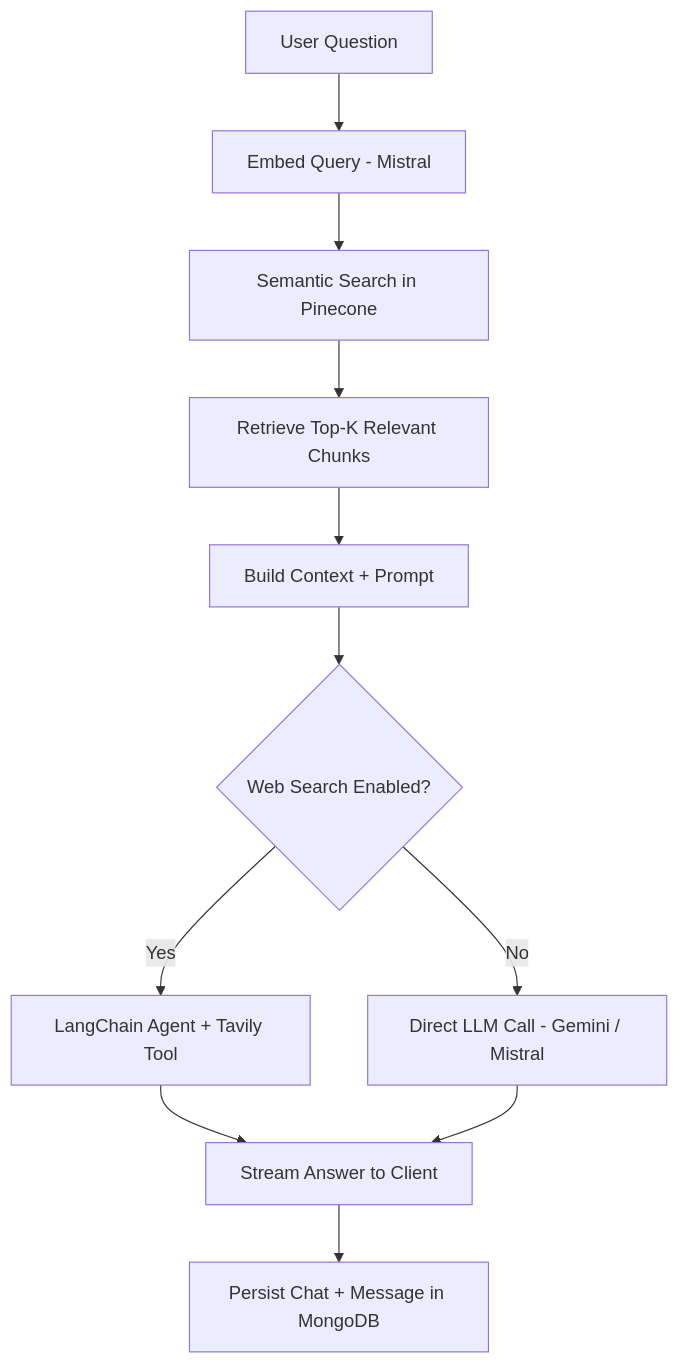
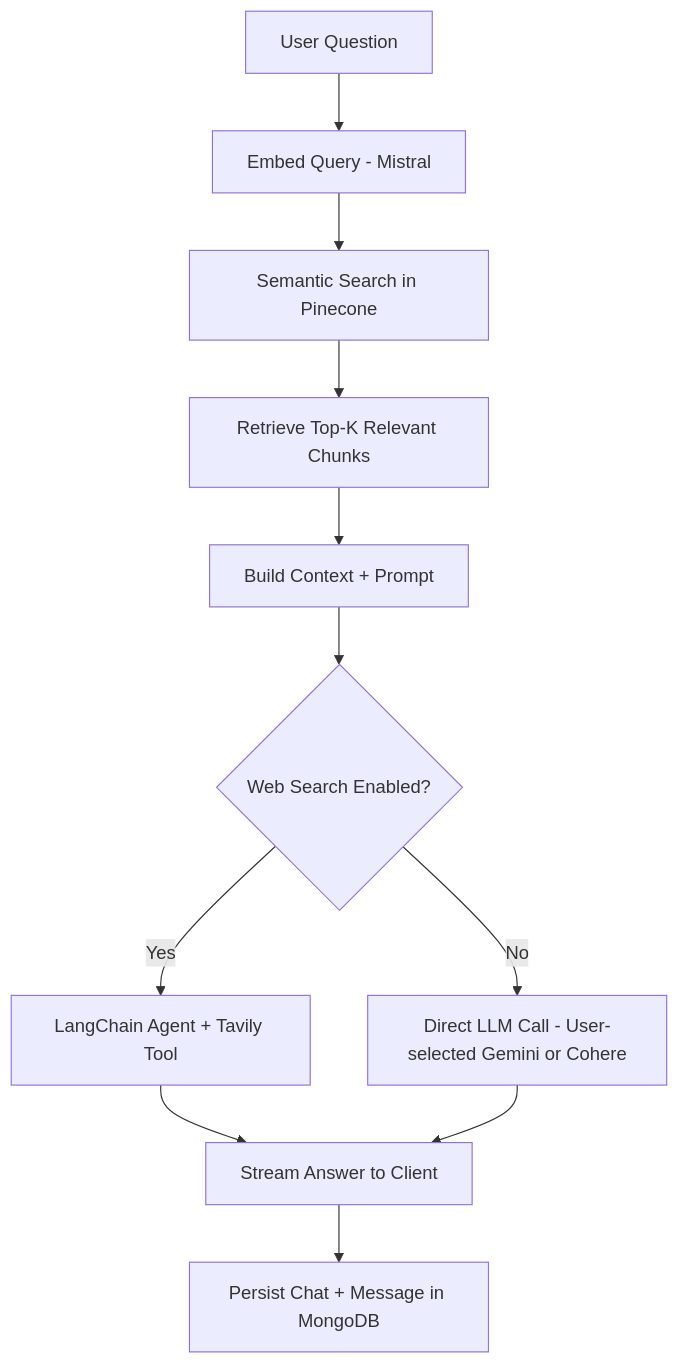
One commit to hari5827/AskQuery-Genai changed the second of 4 diagrams in README.md. Above: the diagram before and after it, drawn with Mermaid. The commit also changed other lines of this file, not shown here.

First line of the commit message:
Add Cohere model option and update usage details

````diff
--- a/README.md
+++ b/README.md
@@ -123,13 +126,13 @@
 ```mermaid
 flowchart TD
     A[User Question] --> B[Embed Query - Mistral]
     B --> C[Semantic Search in Pinecone]
     C --> D[Retrieve Top-K Relevant Chunks]
     D --> E[Build Context + Prompt]
     E --> F{Web Search Enabled?}
     F -->|Yes| G[LangChain Agent + Tavily Tool]
-    F -->|No| H[Direct LLM Call - Gemini / Mistral]
+    F -->|No| H[Direct LLM Call - User-selected Gemini or Cohere]
     G --> I[Stream Answer to Client]
     H --> I
     I --> J[Persist Chat + Message in MongoDB]
 ```
````
